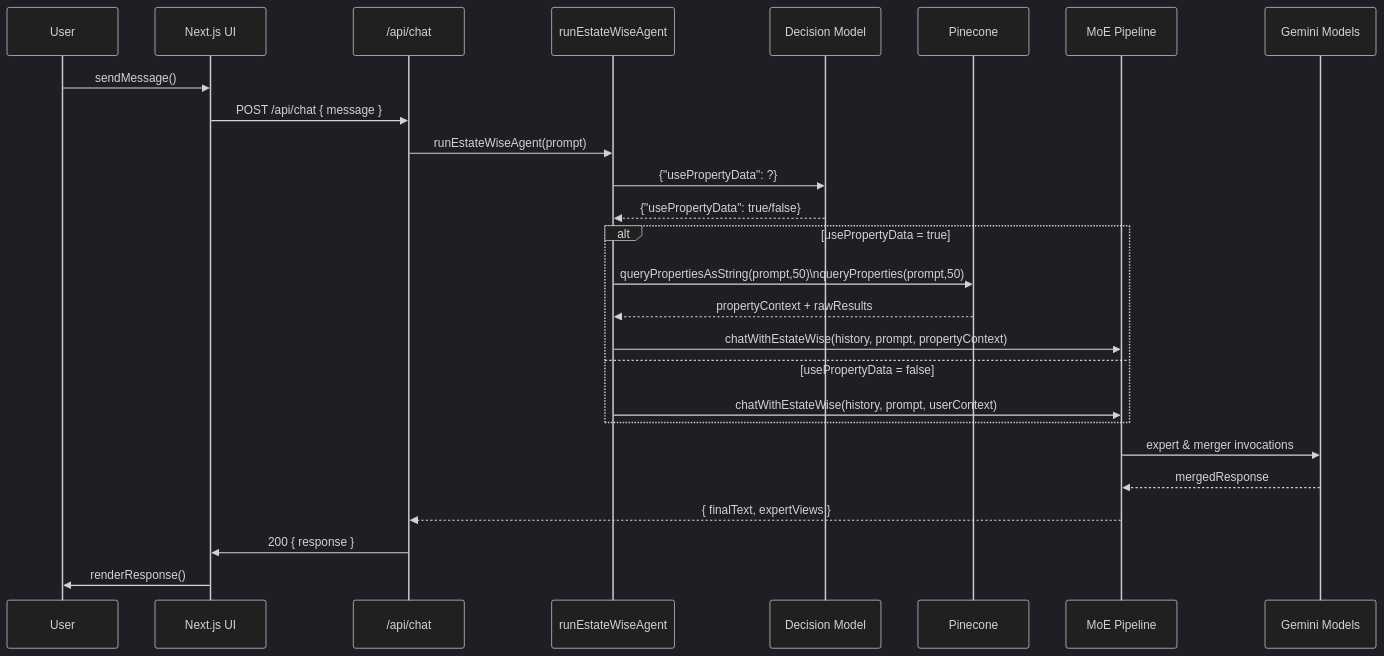
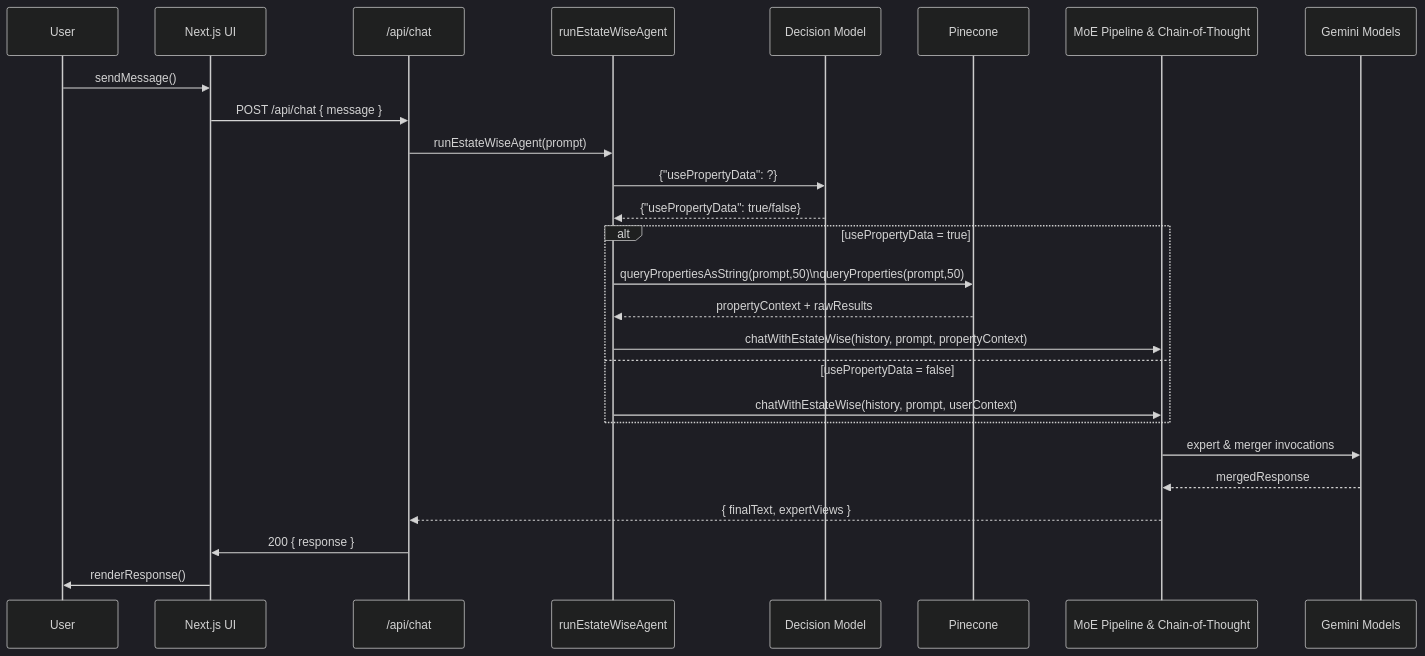
Before and after one commit to joonseolee/EstateWise-Chapel-Hill-Chatbot: the diagram in TECH_DOCS.md, drawn with Mermaid (dark theme). The commit also changed other lines of this file and 2 other files, not shown here.

````diff
--- a/TECH_DOCS.md
+++ b/TECH_DOCS.md
@@ -867,33 +916,33 @@
 ```mermaid
 sequenceDiagram
     participant User
     participant UI as Next.js UI
     participant API as /api/chat
     participant Agent as runEstateWiseAgent
     participant DecisionAI as Decision Model
     participant Pinecone
-    participant Experts as MoE Pipeline
+    participant Experts as MoE Pipeline & Chain-of-Thought
     participant Gemini as Gemini Models
 
     User->>UI: sendMessage()
     UI->>API: POST /api/chat { message }
     API->>Agent: runEstateWiseAgent(prompt)
 
     Agent->>DecisionAI: {"usePropertyData": ?}
     DecisionAI-->>Agent: {"usePropertyData": true/false}
 
     alt usePropertyData = true
         Agent->>Pinecone: queryPropertiesAsString(prompt,50)\nqueryProperties(prompt,50)
         Pinecone-->>Agent: propertyContext + rawResults
         Agent->>Experts: chatWithEstateWise(history, prompt, propertyContext)
     else usePropertyData = false
         Agent->>Experts: chatWithEstateWise(history, prompt, userContext)
     end
 
     Experts->>Gemini: expert & merger invocations
     Gemini-->>Experts: mergedResponse
 
     Experts-->>API: { finalText, expertViews }
     API->>UI: 200 { response }
     UI->>User: renderResponse()
 ```
````
